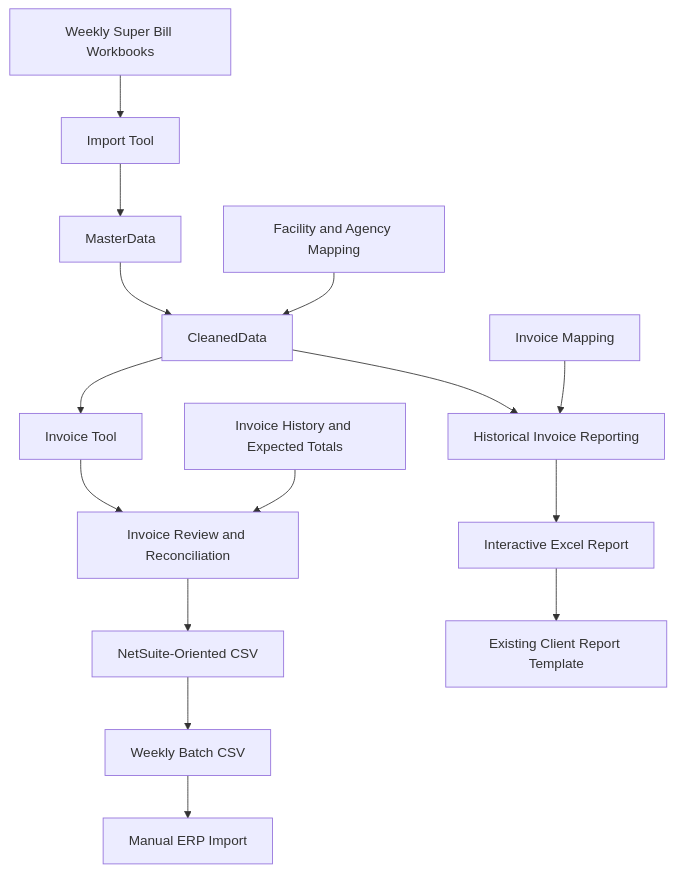
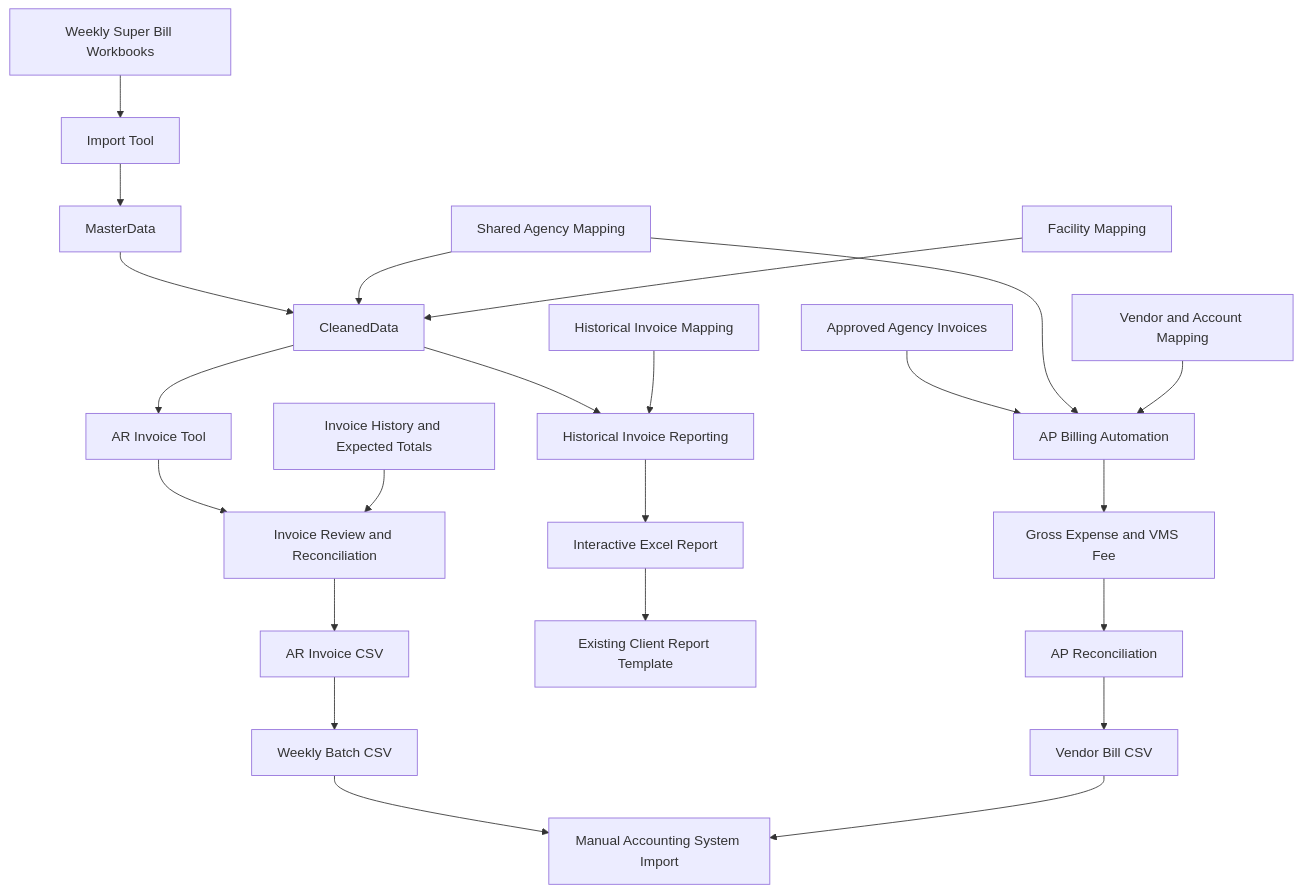
One commit to mikikoridel-hash/accounting-automation-portfolio changed the diagram in README.md. Above: the diagram before and after it, drawn with Mermaid. The commit also changed other lines of this file, not shown here.

Commit message:
Document AP automation and real-world accounting efficiency improvements

````diff
--- a/README.md
+++ b/README.md
@@ -87,24 +129,30 @@
 ```mermaid
 flowchart TD
     A[Weekly Super Bill Workbooks] --> B[Import Tool]
-
     B --> C[MasterData]
     C --> D[CleanedData]
 
-    M[Facility and Agency Mapping] --> D
+    M[Shared Agency Mapping] --> D
+    FM[Facility Mapping] --> D
 
-    D --> E[Invoice Tool]
+    D --> E[AR Invoice Tool]
     D --> F[Historical Invoice Reporting]
 
     E --> G[Invoice Review and Reconciliation]
     H[Invoice History and Expected Totals] --> G
+    G --> I[AR Invoice CSV]
+    I --> J[Weekly Batch CSV]
+    J --> N[Manual Accounting System Import]
 
-    G --> I[NetSuite-Oriented CSV]
-    I --> J[Weekly Batch CSV]
+    K[Historical Invoice Mapping] --> F
+    F --> L[Interactive Excel Report]
+    L --> O[Existing Client Report Template]
 
-    K[Invoice Mapping] --> F
-    F --> L[Interactive Excel Report]
-    L --> N[Existing Client Report Template]
-
-    J --> O[Manual ERP Import]
+    P[Approved Agency Invoices] --> Q[AP Billing Automation]
+    M --> Q
+    R[Vendor and Account Mapping] --> Q
+    Q --> S[Gross Expense and VMS Fee]
+    S --> T[AP Reconciliation]
+    T --> U[Vendor Bill CSV]
+    U --> N
 ```
````
